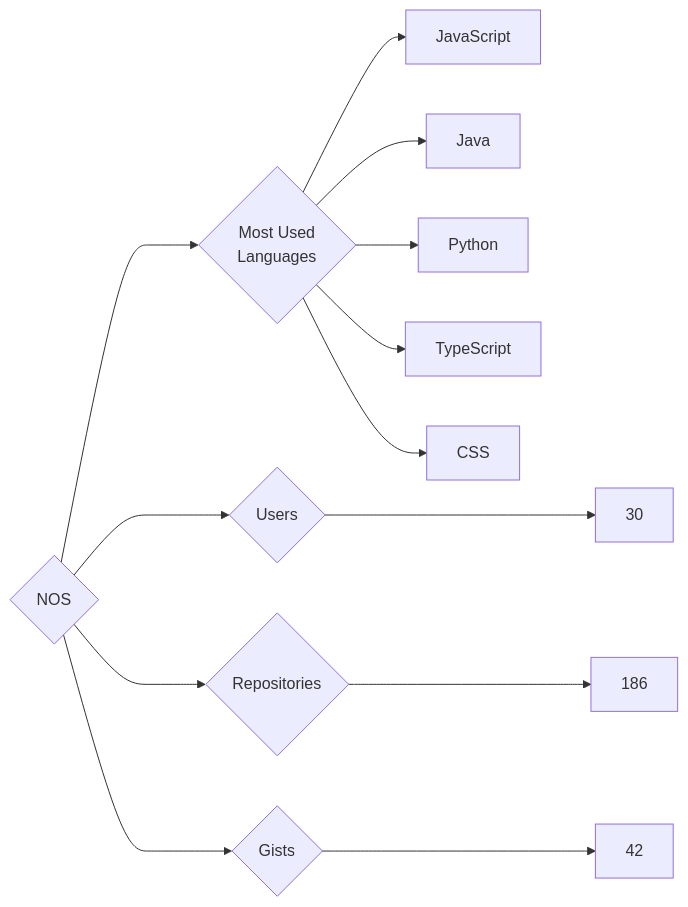
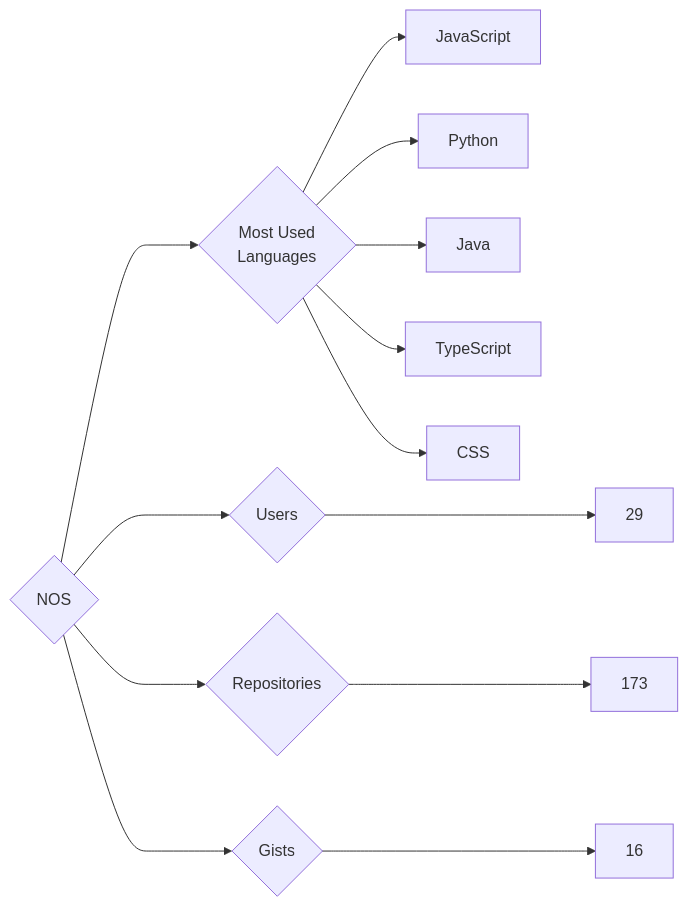
The diagram in targets/NOS/README.md (trickest/insiders), drawn with Mermaid before and after one commit. The commit also changed 1011 other files, not shown here.

````diff
--- a/targets/NOS/README.md
+++ b/targets/NOS/README.md
@@ -3,13 +3,13 @@
 ```mermaid
 graph LR
 COMPANY_NAME{NOS}
-COMPANY_NAME ---> U{Users} ---> UN[30]
-COMPANY_NAME ---> R{Repositories} ---> RN[186]
-COMPANY_NAME ---> G{Gists} ---> GN[42]
+COMPANY_NAME ---> U{Users} ---> UN[29]
+COMPANY_NAME ---> R{Repositories} ---> RN[173]
+COMPANY_NAME ---> G{Gists} ---> GN[16]
 COMPANY_NAME ---> ML{Most Used<br>Languages}
 ML --> JavaScript[JavaScript]
+ML --> Python[Python]
 ML --> Java[Java]
-ML --> Python[Python]
 ML --> TypeScript[TypeScript]
 ML --> CSS[CSS]
 ```
````
